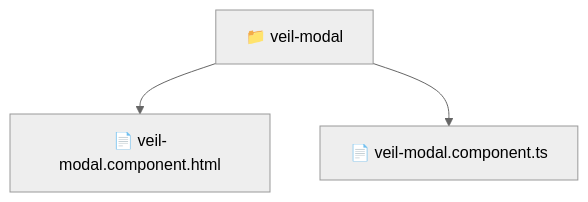
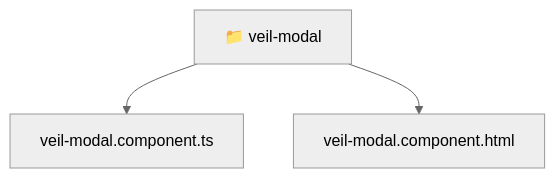
The diagram in frontend/src/pages/veil/ui/veil-modal/README.md (beginwebdev2002/fullstack-mavluda), drawn with Mermaid (neutral theme) before and after one commit. The commit also changed other lines of this file and 167 other files, not shown here.

````diff
--- a/frontend/src/pages/veil/ui/veil-modal/README.md
+++ b/frontend/src/pages/veil/ui/veil-modal/README.md
@@ -11,6 +11,8 @@
 ```mermaid
 graph TD
-  Root["📁 veil-modal"]
-  Root --> veil_modal_component_html["📄 veil-modal.component.html"]
-  Root --> veil_modal_component_ts["📄 veil-modal.component.ts"]
+  Root_veil_modal["📁 veil-modal"]
+  f_veil_modal_component_ts["veil-modal.component.ts"]
+  Root_veil_modal --> f_veil_modal_component_ts
+  f_veil_modal_component_html["veil-modal.component.html"]
+  Root_veil_modal --> f_veil_modal_component_html
 ```
````
